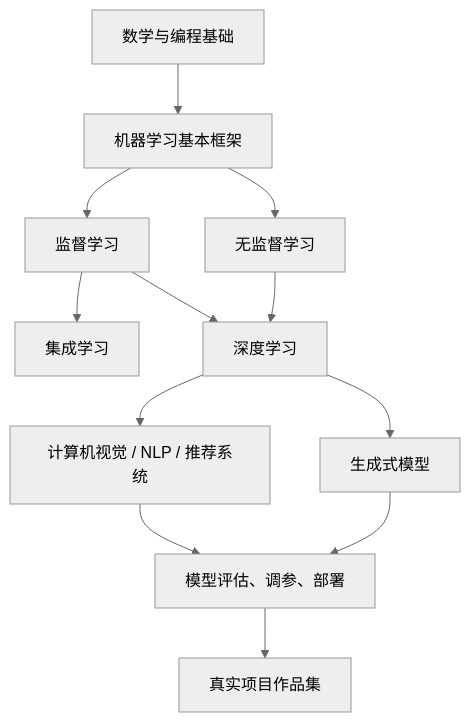
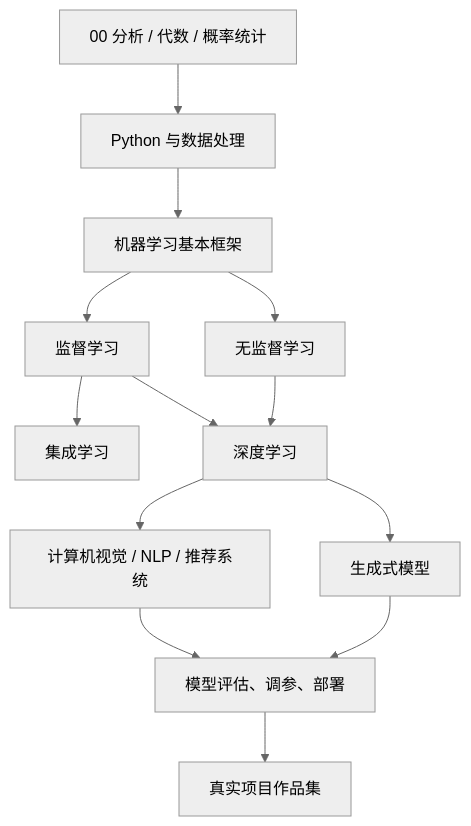
The first of 2 diagrams in machine-learning-study-roadmap.md (windssmile/machinelearning26), drawn with Mermaid (neutral theme) before and after one commit. The commit also changed other lines of this file and 1 other file, not shown here.

````diff
--- a/machine-learning-study-roadmap.md
+++ b/machine-learning-study-roadmap.md
@@ -7,14 +7,15 @@
 ```mermaid
 flowchart TD
-    A["数学与编程基础"] --> B["机器学习基本框架"]
-    B --> C["监督学习"]
-    B --> D["无监督学习"]
-    C --> E["集成学习"]
-    C --> F["深度学习"]
-    D --> F
-    F --> G["计算机视觉 / NLP / 推荐系统"]
-    F --> H["生成式模型"]
-    G --> I["模型评估、调参、部署"]
-    H --> I
-    I --> J["真实项目作品集"]
+    A["00 分析 / 代数 / 概率统计"] --> B["Python 与数据处理"]
+    B --> C["机器学习基本框架"]
+    C --> D["监督学习"]
+    C --> E["无监督学习"]
+    D --> F["集成学习"]
+    D --> G["深度学习"]
+    E --> G
+    G --> H["计算机视觉 / NLP / 推荐系统"]
+    G --> I["生成式模型"]
+    H --> J["模型评估、调参、部署"]
+    I --> J
+    J --> K["真实项目作品集"]
 ```
````
